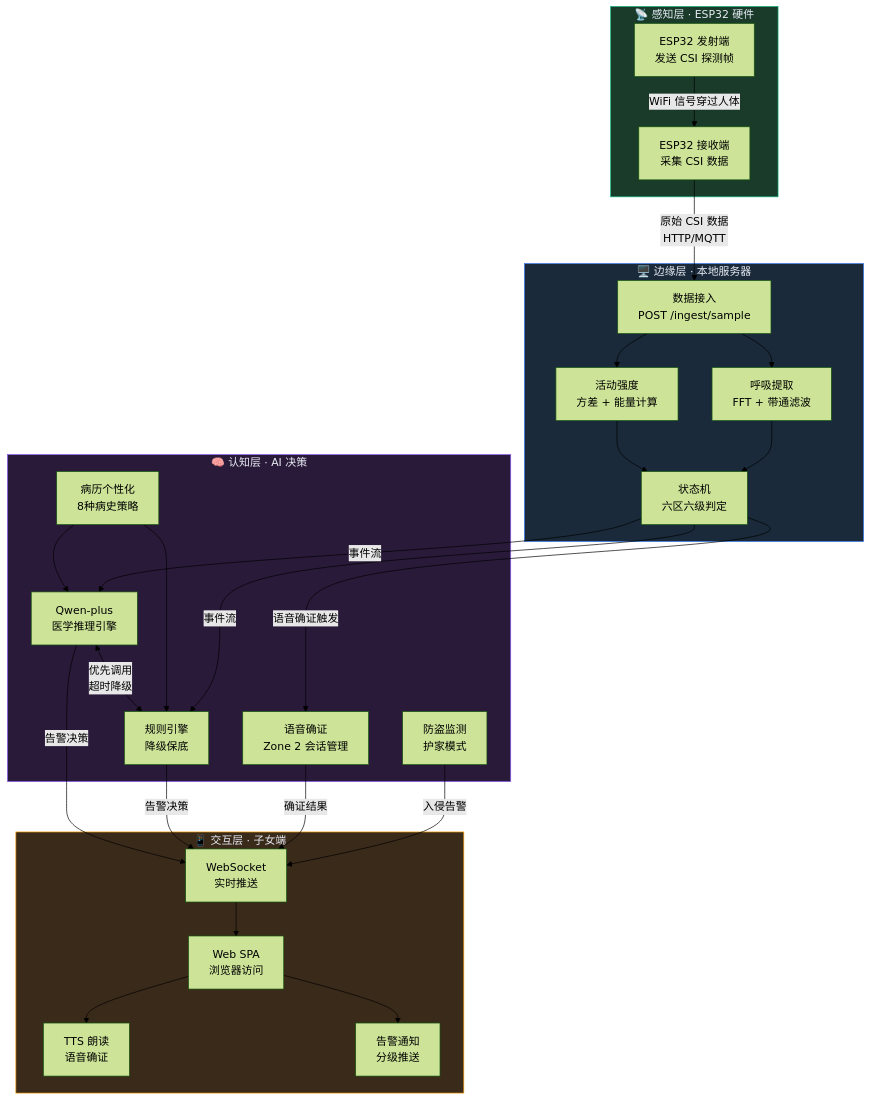
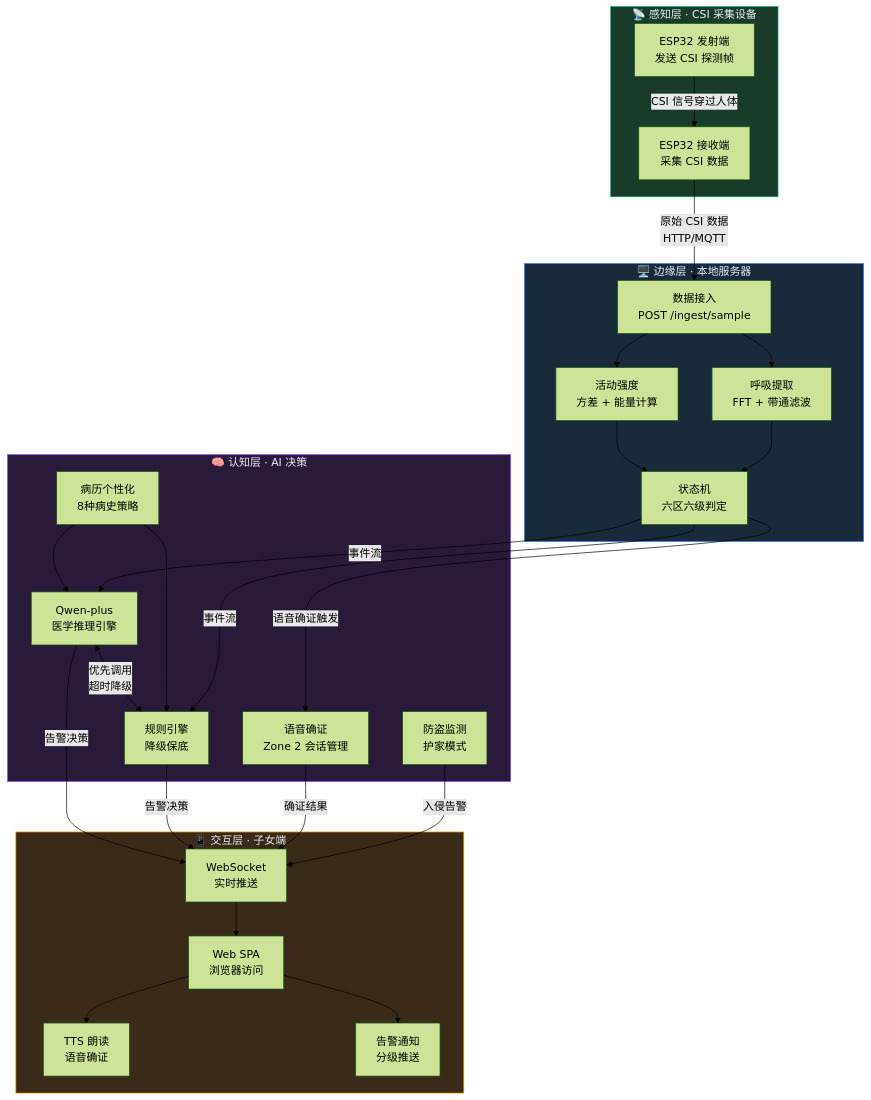
One commit to firecangshu/guardgoose changed the diagram in docs/diagrams/01_系统架构图.mmd. Above: the diagram before and after it, drawn with Mermaid (forest theme). The commit also changed 49 other files, not shown here.

```diff
--- a/docs/diagrams/01_系统架构图.mmd
+++ b/docs/diagrams/01_系统架构图.mmd
@@ -1,52 +1,52 @@
 graph TB
-    subgraph 感知层["📡 感知层 · ESP32 硬件"]
+    subgraph 感知层["📡 感知层 · CSI 采集设备"]
         TX["ESP32 发射端<br/>发送 CSI 探测帧"]
         RX["ESP32 接收端<br/>采集 CSI 数据"]
-        TX -->|"WiFi 信号穿过人体"| RX
+        TX -->|"CSI 信号穿过人体"| RX
     end
 
     subgraph 边缘层["🖥️ 边缘层 · 本地服务器"]
         INGEST["数据接入<br/>POST /ingest/sample"]
         SM["状态机<br/>六区六级判定"]
         BREATH["呼吸提取<br/>FFT + 带通滤波"]
         ACT["活动强度<br/>方差 + 能量计算"]
         INGEST --> ACT
         INGEST --> BREATH
         ACT --> SM
         BREATH --> SM
     end
 
     subgraph 认知层["🧠 认知层 · AI 决策"]
         QWEN["Qwen-plus<br/>医学推理引擎"]
         RULE["规则引擎<br/>降级保底"]
         MEDICAL["病历个性化<br/>8种病史策略"]
         VOICE["语音确证<br/>Zone 2 会话管理"]
         GUARD["防盗监测<br/>护家模式"]
         QWEN <-->|"优先调用<br/>超时降级"| RULE
         MEDICAL --> QWEN
         MEDICAL --> RULE
     end
 
     subgraph 交互层["📱 交互层 · 子女端"]
         WS["WebSocket<br/>实时推送"]
         WEB["Web SPA<br/>浏览器访问"]
         TTS["TTS 朗读<br/>语音确证"]
         ALERT["告警通知<br/>分级推送"]
         WS --> WEB
         WEB --> TTS
         WEB --> ALERT
     end
 
     RX -->|"原始 CSI 数据<br/>HTTP/MQTT"| INGEST
     SM -->|"事件流"| QWEN
     SM -->|"事件流"| RULE
     SM -->|"语音确证触发"| VOICE
     QWEN -->|"告警决策"| WS
     RULE -->|"告警决策"| WS
     VOICE -->|"确证结果"| WS
     GUARD -->|"入侵告警"| WS
 
     style 感知层 fill:#1a3a2a,stroke:#10b981,color:#e8ecf4
     style 边缘层 fill:#1a2a3a,stroke:#3b82f6,color:#e8ecf4
     style 认知层 fill:#2a1a3a,stroke:#8b5cf6,color:#e8ecf4
     style 交互层 fill:#3a2a1a,stroke:#f59e0b,color:#e8ecf4
```
